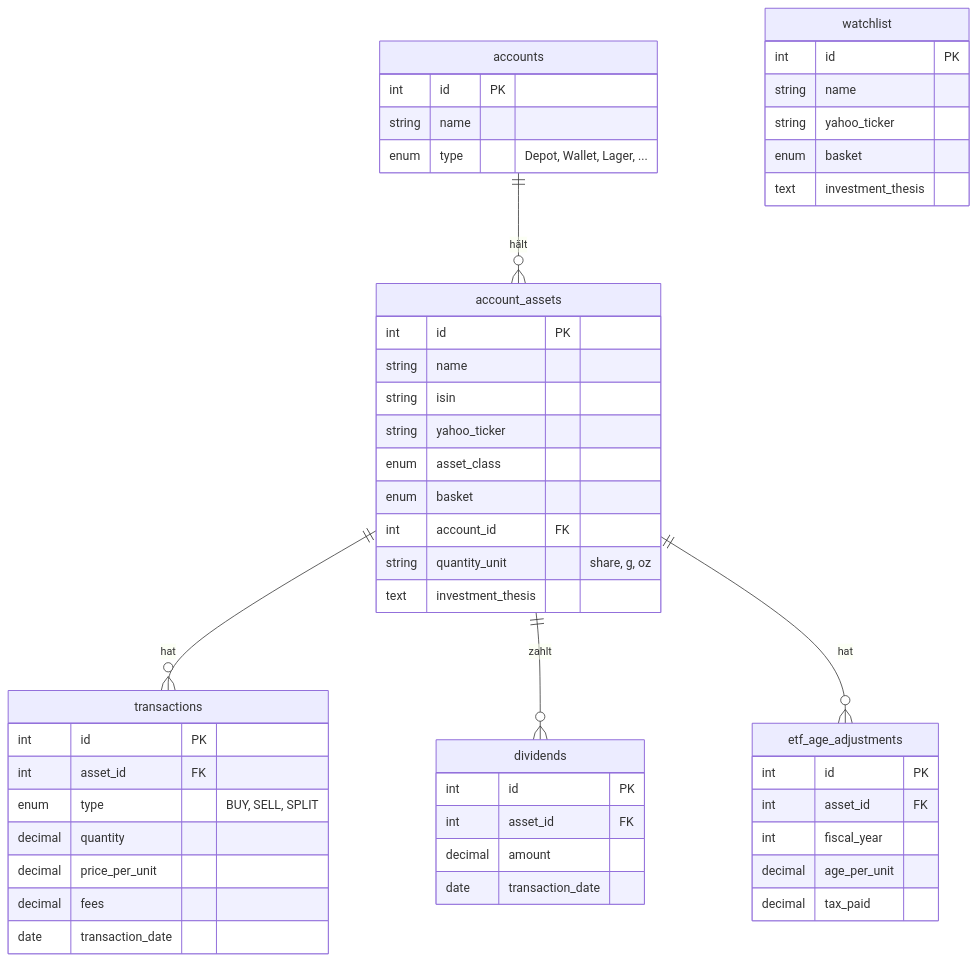
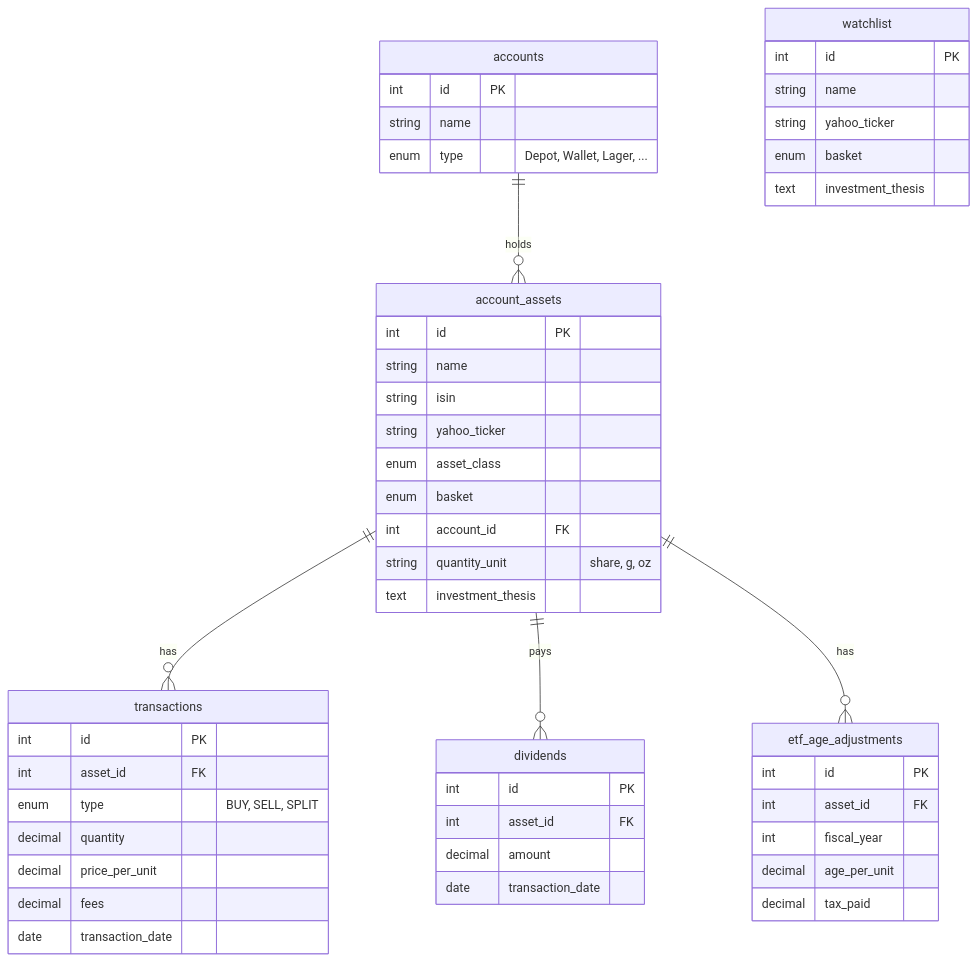
One commit to markusKautz/PersonalPortfolioReport-public changed the second of 3 diagrams in README.md. Above: the diagram before and after it, drawn with Mermaid. The commit also changed other lines of this file and 4 other files, not shown here.

````diff
--- a/README.md
+++ b/README.md
@@ -39,53 +41,53 @@
 ```mermaid
 erDiagram
-    accounts ||--o{ account_assets : "hält"
-    account_assets ||--o{ transactions : "hat"
-    account_assets ||--o{ dividends : "zahlt"
-    account_assets ||--o{ etf_age_adjustments : "hat"
+    accounts ||--o{ account_assets : "holds"
+    account_assets ||--o{ transactions : "has"
+    account_assets ||--o{ dividends : "pays"
+    account_assets ||--o{ etf_age_adjustments : "has"
 
     accounts {
         int id PK
         string name
         enum type "Depot, Wallet, Lager, ..."
     }
     account_assets {
         int id PK
         string name
         string isin
         string yahoo_ticker
         enum asset_class
         enum basket
         int account_id FK
         string quantity_unit "share, g, oz"
         text investment_thesis
     }
     transactions {
         int id PK
         int asset_id FK
         enum type "BUY, SELL, SPLIT"
         decimal quantity
         decimal price_per_unit
         decimal fees
         date transaction_date
     }
     dividends {
         int id PK
         int asset_id FK
         decimal amount
         date transaction_date
     }
     etf_age_adjustments {
         int id PK
         int asset_id FK
         int fiscal_year
         decimal age_per_unit
         decimal tax_paid
     }
     watchlist {
         int id PK
         string name
         string yahoo_ticker
         enum basket
         text investment_thesis
     }
 ```
````
